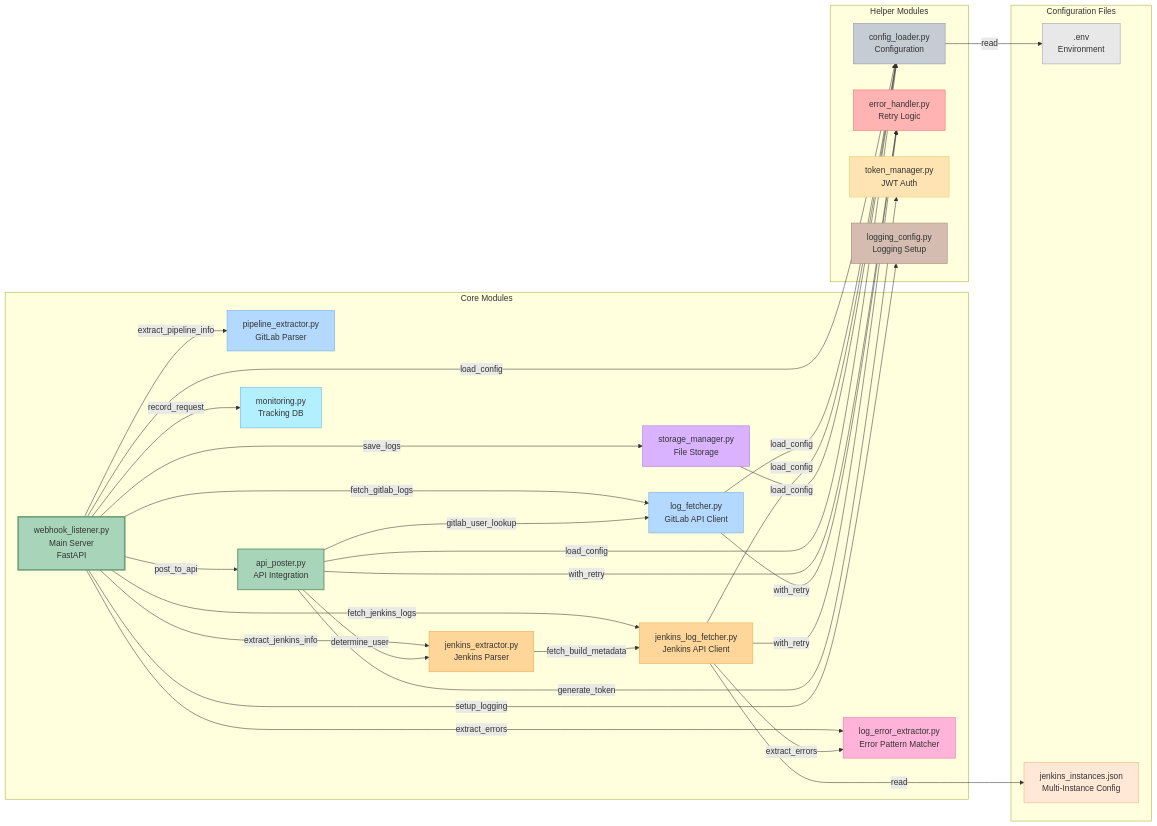
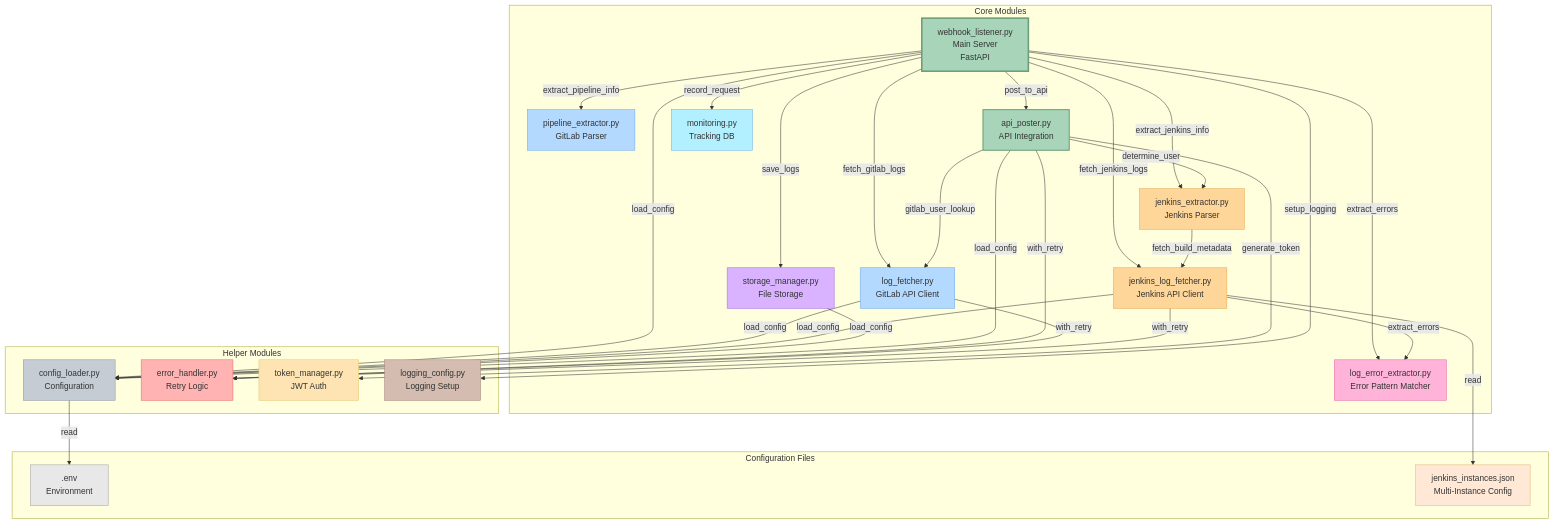
One commit to vigneshpalanivelr/extract-build-logs changed the third of 5 diagrams in DOCUMENTATION.md. Above: the diagram before and after it, drawn with Mermaid. The commit also changed 3 other files, not shown here.

First line of the commit message:
Fix linting issues and change Module Connection Diagram to top-bottom flow

````diff
--- a/DOCUMENTATION.md
+++ b/DOCUMENTATION.md
@@ -438,72 +438,72 @@
 ```mermaid
-graph LR
+graph TB
     subgraph "Core Modules"
         WL[webhook_listener.py<br/>Main Server<br/>FastAPI]
         PE[pipeline_extractor.py<br/>GitLab Parser]
         JE[jenkins_extractor.py<br/>Jenkins Parser]
         GLF[log_fetcher.py<br/>GitLab API Client]
         JLF[jenkins_log_fetcher.py<br/>Jenkins API Client]
         LEE[log_error_extractor.py<br/>Error Pattern Matcher]
         SM[storage_manager.py<br/>File Storage]
         AP[api_poster.py<br/>API Integration]
         MON[monitoring.py<br/>Tracking DB]
     end
 
     subgraph "Helper Modules"
         CL[config_loader.py<br/>Configuration]
         EH[error_handler.py<br/>Retry Logic]
         TM[token_manager.py<br/>JWT Auth]
         LC[logging_config.py<br/>Logging Setup]
     end
 
     subgraph "Configuration Files"
         ENV[.env<br/>Environment]
         JINS[jenkins_instances.json<br/>Multi-Instance Config]
     end
 
     WL -->|extract_pipeline_info| PE
     WL -->|extract_jenkins_info| JE
     WL -->|fetch_gitlab_logs| GLF
     WL -->|fetch_jenkins_logs| JLF
     WL -->|extract_errors| LEE
     WL -->|save_logs| SM
     WL -->|post_to_api| AP
     WL -->|record_request| MON
 
     JE -->|fetch_build_metadata| JLF
     JLF -->|extract_errors| LEE
 
     AP -->|gitlab_user_lookup| GLF
     AP -->|determine_user| JE
     AP -->|generate_token| TM
     AP -->|with_retry| EH
 
     GLF -->|with_retry| EH
     JLF -->|with_retry| EH
 
     WL -->|load_config| CL
     GLF -->|load_config| CL
     JLF -->|load_config| CL
     SM -->|load_config| CL
     AP -->|load_config| CL
     WL -->|setup_logging| LC
 
     CL -->|read| ENV
     JLF -->|read| JINS
 
     style WL fill:#a8d5ba,stroke:#6b9e78,stroke-width:3px
     style PE fill:#b3d9ff,stroke:#6ba8e6
     style JE fill:#ffd699,stroke:#e6a84d
     style GLF fill:#b3d9ff,stroke:#6ba8e6
     style JLF fill:#ffd699,stroke:#e6a84d
     style LEE fill:#ffb3d9,stroke:#e66ba8
     style SM fill:#d9b3ff,stroke:#a86be6
     style AP fill:#a8d5ba,stroke:#6b9e78,stroke-width:2px
     style MON fill:#b3f0ff,stroke:#6baee6
     style CL fill:#c5ccd4,stroke:#8b95a1
     style EH fill:#ffb3b3,stroke:#e66b6b
     style TM fill:#ffe4b3,stroke:#e6c56b
     style LC fill:#d4bcb0,stroke:#a18578
     style ENV fill:#e8e8e8,stroke:#a0a0a0
     style JINS fill:#ffe8d6,stroke:#e6b380
 ```
````
